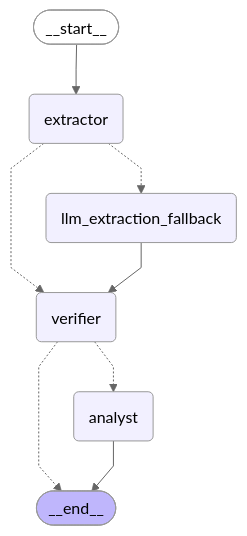
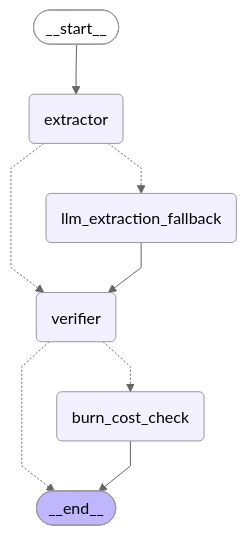
One commit to iva2020dev/reinsurance-treaty-agent changed the diagram in README.md. Above: the diagram before and after it, drawn with Mermaid (neutral theme). The commit also changed other lines of this file and 8 other files, not shown here.

````diff
--- a/README.md
+++ b/README.md
@@ -29,24 +35,24 @@
 ```mermaid
 ---
 config:
   flowchart:
     curve: linear
 ---
 graph TD;
 	__start__([<p>__start__</p>]):::first
 	extractor(extractor)
 	llm_extraction_fallback(llm_extraction_fallback)
 	verifier(verifier)
-	analyst(analyst)
+	burn_cost_check(burn_cost_check)
 	__end__([<p>__end__</p>]):::last
 	__start__ --> extractor;
 	extractor -.-> llm_extraction_fallback;
 	extractor -.-> verifier;
 	llm_extraction_fallback --> verifier;
 	verifier -.-> __end__;
-	verifier -.-> analyst;
-	analyst --> __end__;
+	verifier -.-> burn_cost_check;
+	burn_cost_check --> __end__;
 	classDef default fill:#f2f0ff,line-height:1.2
 	classDef first fill-opacity:0
 	classDef last fill:#bfb6fc
 ```
````
